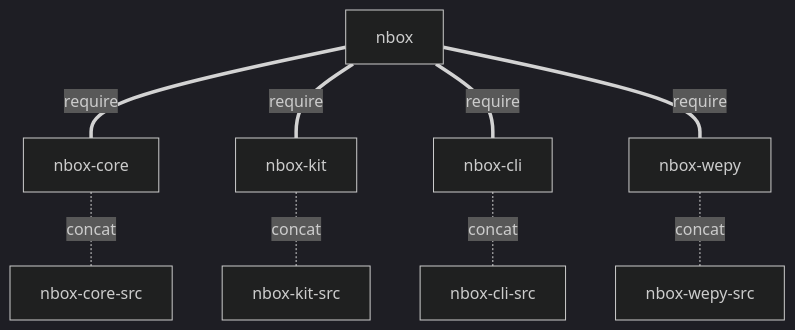
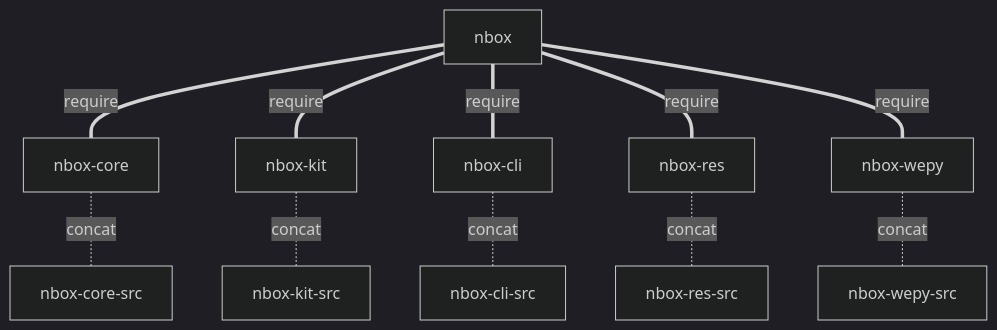
Before and after one commit to 0a0a/nbox: the second of 3 diagrams in README.md, drawn with Mermaid (dark theme). The commit also changed other lines of this file and 8 other files, not shown here.

````diff
--- a/README.md
+++ b/README.md
@@ -41,11 +50,13 @@
 ```mermaid
 graph BT;
   nbox-core-src-.-|concat|nbox-core
   nbox-kit-src-.-|concat|nbox-kit
   nbox-cli-src-.-|concat|nbox-cli
+  nbox-res-src-.-|concat|nbox-res
   nbox-wepy-src-.-|concat|nbox-wepy
   nbox-core ===|require| nbox
   nbox-kit ===|require| nbox
   nbox-cli ===|require| nbox
+  nbox-res ===|require| nbox
   nbox-wepy ===|require| nbox
 ```
````
